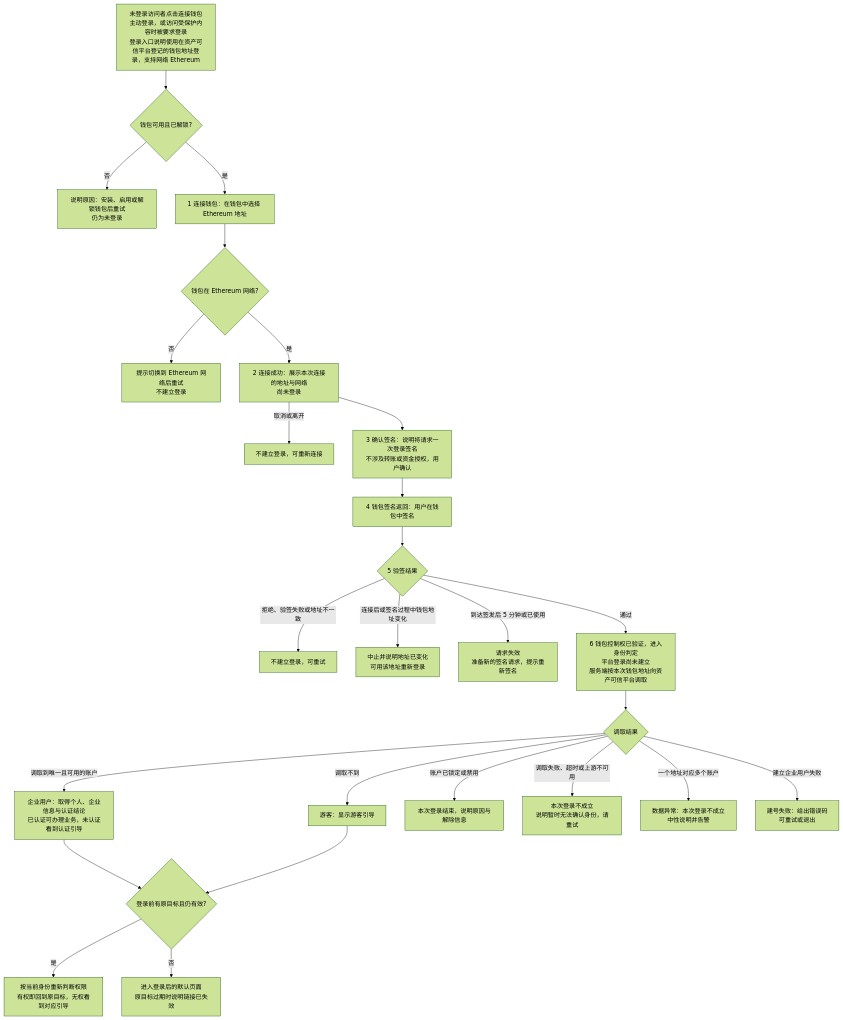
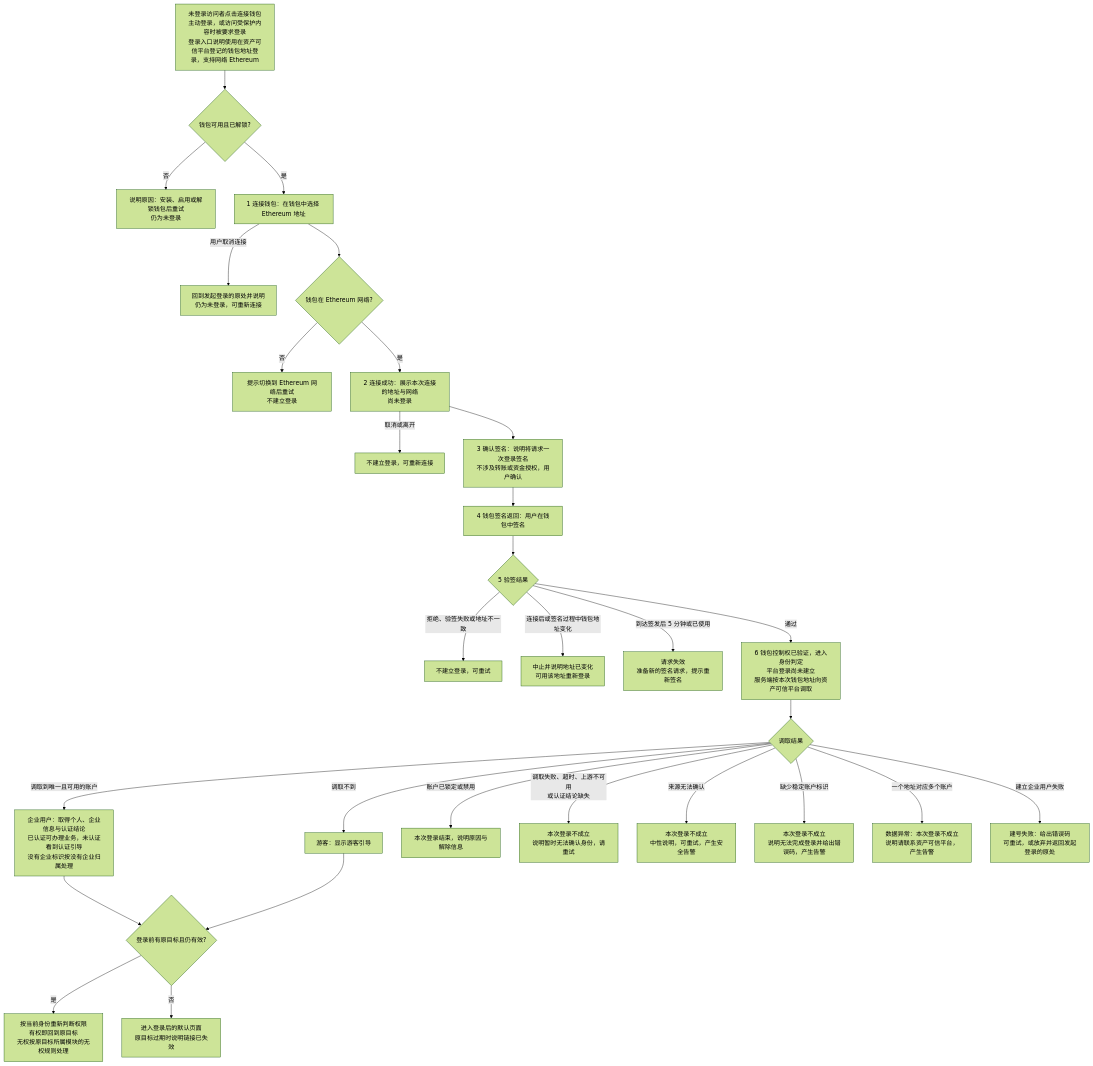
One commit to wxblockchain/Chain-Financing changed the first of 5 diagrams in token-issuance-platform/PRD/面客端/M1-企业登录与企业账户/02-企业登录与企业账户-流程图与状态机.md. Above: the diagram before and after it, drawn with Mermaid (forest theme). The commit also changed other lines of this file and 35 other files, not shown here.

````diff
--- a/token-issuance-platform/PRD/面客端/M1-企业登录与企业账户/02-企业登录与企业账户-流程图与状态机.md
+++ b/token-issuance-platform/PRD/面客端/M1-企业登录与企业账户/02-企业登录与企业账户-流程图与状态机.md
@@ -18,28 +18,31 @@
 ```mermaid
 flowchart TD
     A[未登录访问者点击连接钱包<br/>主动登录，或访问受保护内容时被要求登录<br/>登录入口说明使用在资产可信平台登记的钱包地址登录，支持网络 Ethereum] --> B{钱包可用且已解锁?}
     B -->|否| B1[说明原因：安装、启用或解锁钱包后重试<br/>仍为未登录]
     B -->|是| C[1 连接钱包：在钱包中选择 Ethereum 地址]
+    C -->|用户取消连接| C1[回到发起登录的原处并说明<br/>仍为未登录，可重新连接]
     C --> D{钱包在 Ethereum 网络?}
     D -->|否| D1[提示切换到 Ethereum 网络后重试<br/>不建立登录]
     D -->|是| C2[2 连接成功：展示本次连接的地址与网络<br/>尚未登录]
     C2 -->|取消或离开| C3[不建立登录，可重新连接]
     C2 --> E[3 确认签名：说明将请求一次登录签名<br/>不涉及转账或资金授权，用户确认]
     E --> F[4 钱包签名返回：用户在钱包中签名]
     F --> G{5 验签结果}
     G -->|拒绝、验签失败或地址不一致| G1[不建立登录，可重试]
     G -->|连接后或签名过程中钱包地址变化| G2[中止并说明地址已变化<br/>可用该地址重新登录]
     G -->|到达签发后 5 分钟或已使用| G3[请求失效<br/>准备新的签名请求，提示重新签名]
     G -->|通过| H[6 钱包控制权已验证，进入身份判定<br/>平台登录尚未建立<br/>服务端按本次钱包地址向资产可信平台调取]
     H --> I{调取结果}
-    I -->|调取到唯一且可用的账户| J[企业用户：取得个人、企业信息与认证结论<br/>已认证可办理业务，未认证看到认证引导]
+    I -->|调取到唯一且可用的账户| J[企业用户：取得个人、企业信息与认证结论<br/>已认证可办理业务，未认证看到认证引导<br/>没有企业标识按没有企业归属处理]
     I -->|调取不到| K[游客：显示游客引导]
     I -->|账户已锁定或禁用| L[本次登录结束，说明原因与解除信息]
-    I -->|调取失败、超时或上游不可用| M[本次登录不成立<br/>说明暂时无法确认身份，请重试]
-    I -->|一个地址对应多个账户| N[数据异常：本次登录不成立<br/>中性说明并告警]
-    I -->|建立企业用户失败| O[建号失败：给出错误码<br/>可重试或退出]
+    I -->|调取失败、超时、上游不可用<br/>或认证结论缺失| M[本次登录不成立<br/>说明暂时无法确认身份，请重试]
+    I -->|来源无法确认| MS[本次登录不成立<br/>中性说明，可重试，产生安全告警]
+    I -->|缺少稳定账户标识| MT[本次登录不成立<br/>说明无法完成登录并给出错误码，产生告警]
+    I -->|一个地址对应多个账户| N[数据异常：本次登录不成立<br/>说明请联系资产可信平台，产生告警]
+    I -->|建立企业用户失败| O[建号失败：给出错误码<br/>可重试，或放弃并返回发起登录的原处]
     J --> P{登录前有原目标且仍有效?}
     K --> P
-    P -->|是| Q[按当前身份重新判断权限<br/>有权即回到原目标，无权看到对应引导]
+    P -->|是| Q[按当前身份重新判断权限<br/>有权即回到原目标<br/>无权按原目标所属模块的无权规则处理]
     P -->|否| R[进入登录后的默认页面<br/>原目标过期时说明链接已失效]
 ```
````
